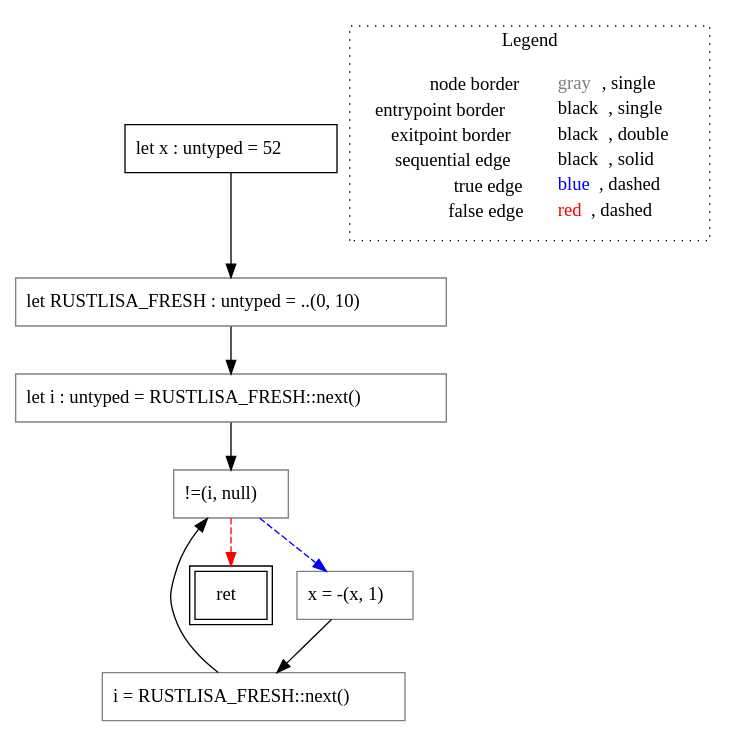
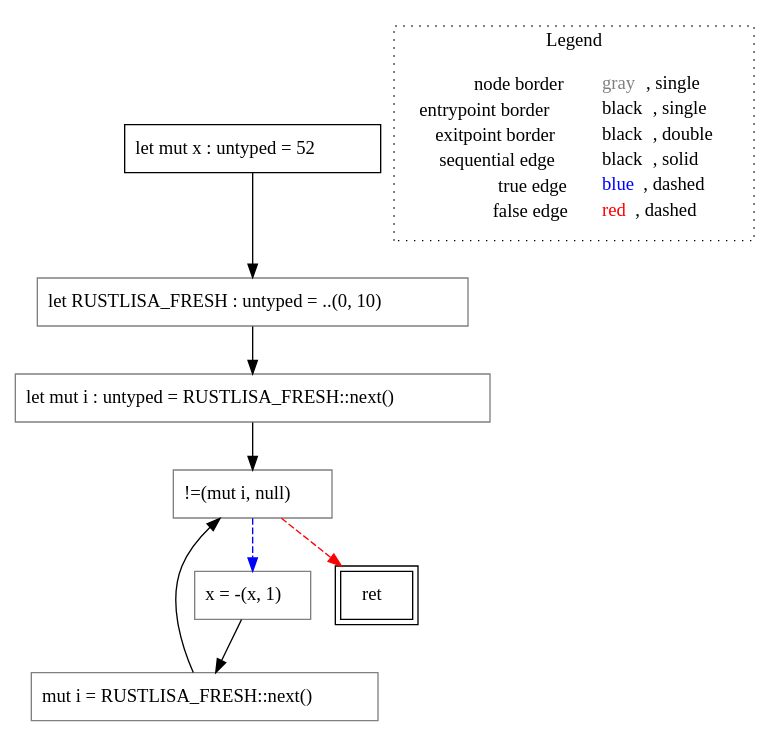
The diagram in rust-lisa/rust-testcases/cfg/for/()_rust-testcases_cfg_for_for.rs.main().dot (VincenzoArceri/rust-lisa), drawn with Graphviz before and after one commit. The commit also changed 29 other files, not shown here.

```diff
--- a/rust-lisa/rust-testcases/cfg/for/()_rust-testcases_cfg_for_for.rs.main().dot
+++ b/rust-lisa/rust-testcases/cfg/for/()_rust-testcases_cfg_for_for.rs.main().dot
@@ -1,23 +1,23 @@
 digraph {
-	"node0" [shape="rect",color="black",label=<let x : untyped = 52>];
-	"node1" [shape="rect",color="gray",label=<let i : untyped = RUSTLISA_FRESH::next()>];
-	"node2" [shape="rect",color="gray",label=<i = RUSTLISA_FRESH::next()>];
-	"node3" [shape="rect",color="gray",label=<let RUSTLISA_FRESH : untyped = ..(0, 10)>];
-	"node4" [shape="rect",color="gray",label=<!=(i, null)>];
+	"node0" [shape="rect",color="black",label=<let mut x : untyped = 52>];
+	"node1" [shape="rect",color="gray",label=<let RUSTLISA_FRESH : untyped = ..(0, 10)>];
+	"node2" [shape="rect",color="gray",label=<let mut i : untyped = RUSTLISA_FRESH::next()>];
+	"node3" [shape="rect",color="gray",label=<mut i = RUSTLISA_FRESH::next()>];
+	"node4" [shape="rect",color="gray",label=<x = -(x, 1)>];
 	"node5" [shape="rect",color="black",peripheries="2",label=<ret>];
-	"node6" [shape="rect",color="gray",label=<x = -(x, 1)>];
-	"node1" -> "node4" [color="black"];
-	"node2" -> "node4" [color="black"];
-	"node3" -> "node1" [color="black"];
-	"node4" -> "node5" [color="red",style="dashed"];
-	"node4" -> "node6" [color="blue",style="dashed"];
-	"node0" -> "node3" [color="black"];
-	"node6" -> "node2" [color="black"];
+	"node6" [shape="rect",color="gray",label=<!=(mut i, null)>];
+	"node1" -> "node2" [color="black"];
+	"node2" -> "node6" [color="black"];
+	"node3" -> "node6" [color="black"];
+	"node4" -> "node3" [color="black"];
+	"node6" -> "node5" [color="red",style="dashed"];
+	"node6" -> "node4" [color="blue",style="dashed"];
+	"node0" -> "node1" [color="black"];
 subgraph cluster_legend {
 	label="Legend";
 	style=dotted;
 	node [shape=plaintext];
 	"legend" [label=<<table border="0" cellpadding="2" cellspacing="0" cellborder="0"><tr><td align="right">node border&nbsp;</td><td align="left"><font color="gray">gray</font>, single</td></tr><tr><td align="right">entrypoint border&nbsp;</td><td align="left"><font color="black">black</font>, single</td></tr><tr><td align="right">exitpoint border&nbsp;</td><td align="left"><font color="black">black</font>, double</td></tr><tr><td align="right">sequential edge&nbsp;</td><td align="left"><font color="black">black</font>, solid</td></tr><tr><td align="right">true edge&nbsp;</td><td align="left"><font color="blue">blue</font>, dashed</td></tr><tr><td align="right">false edge&nbsp;</td><td align="left"><font color="red">red</font>, dashed</td></tr></table>>];
 }
 
 }
```
